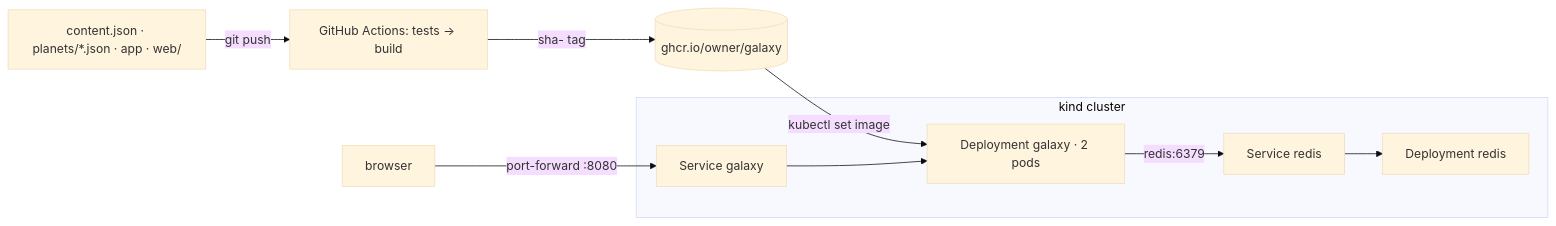
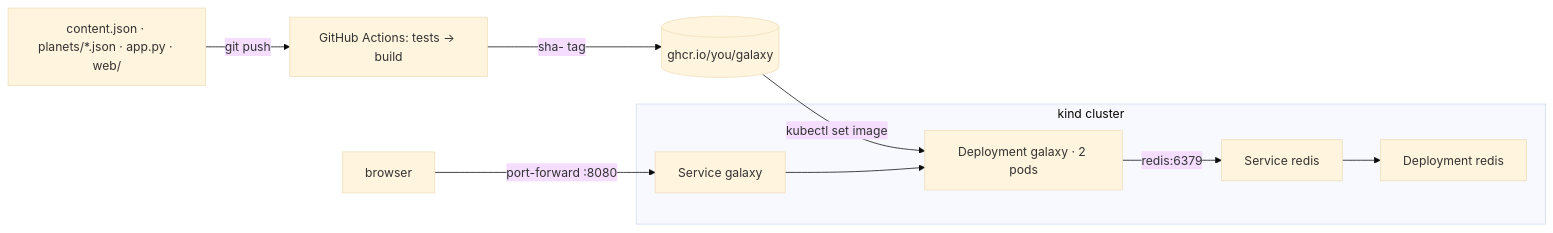
The diagram in README.md (sebastianowicki/it390_planet_portfolio), drawn with Mermaid (base theme) before and after one commit. The commit also changed other lines of this file, not shown here.

````diff
--- a/README.md
+++ b/README.md
@@ -138,11 +425,11 @@
 ```mermaid
 flowchart LR
-  dev[content.json · planets/*.json · app · web/] -->|git push| gh[GitHub Actions: tests → build]
-  gh -->|sha- tag| ghcr[(ghcr.io/owner/galaxy)]
+  dev[content.json · planets/*.json · app.py · web/] -->|git push| gh[GitHub Actions: tests → build]
+  gh -->|sha- tag| ghcr[(ghcr.io/you/galaxy)]
   ghcr -->|kubectl set image| dep
   subgraph kind cluster
     svc[Service galaxy] --> dep[Deployment galaxy · 2 pods]
     dep -->|redis:6379| rsvc[Service redis] --> redis[Deployment redis]
   end
   you[browser] -->|port-forward :8080| svc
 ```
````
